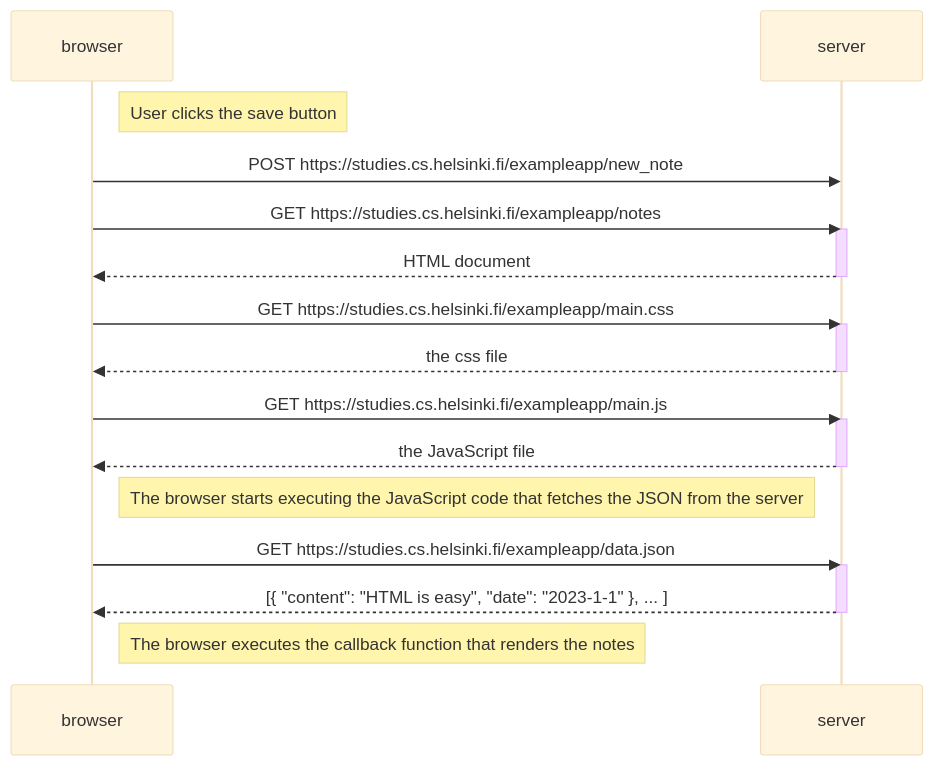
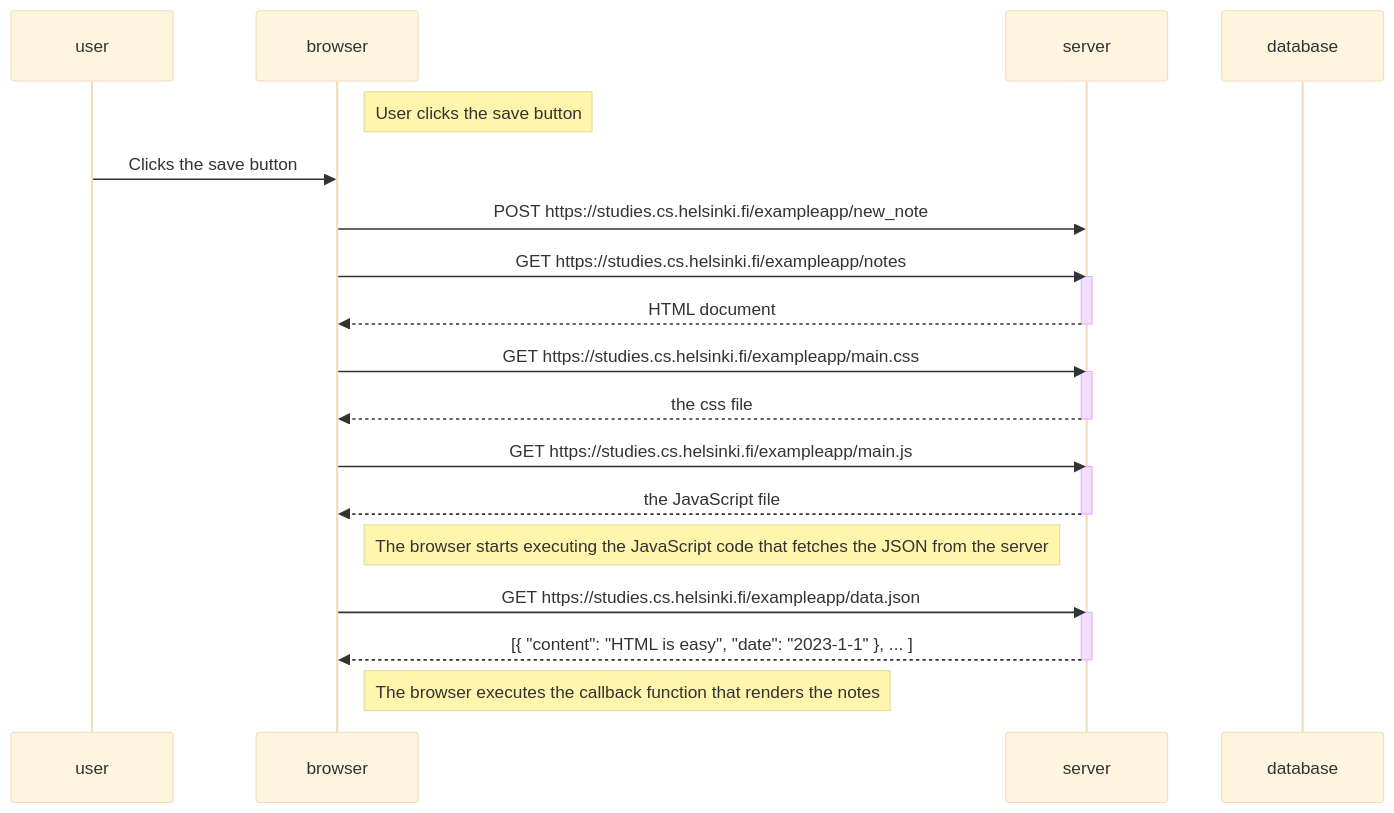
Before and after one commit to JuhKukko/fullstack-helsinki-university: the diagram in osa0/README.md, drawn with Mermaid (base theme).

````diff
--- a/osa0/README.md
+++ b/osa0/README.md
@@ -3,31 +3,35 @@
 ```mermaid
 sequenceDiagram
+    participant user
     participant browser
     participant server
+    participant database
 
+    
     Note right of browser: User clicks the save button
+    user->>browser: Clicks the save button
     browser->>server: POST https://studies.cs.helsinki.fi/exampleapp/new_note
     browser->>server: GET https://studies.cs.helsinki.fi/exampleapp/notes
     activate server
     server-->>browser: HTML document
     deactivate server
     
     browser->>server: GET https://studies.cs.helsinki.fi/exampleapp/main.css
     activate server
     server-->>browser: the css file
     deactivate server
     
     browser->>server: GET https://studies.cs.helsinki.fi/exampleapp/main.js
     activate server
     server-->>browser: the JavaScript file
     deactivate server
 
     Note right of browser: The browser starts executing the JavaScript code that fetches the JSON from the server
     
     browser->>server: GET https://studies.cs.helsinki.fi/exampleapp/data.json
     activate server
     server-->>browser: [{ "content": "HTML is easy", "date": "2023-1-1" }, ... ]
     deactivate server    
 
     Note right of browser: The browser executes the callback function that renders the notes 
 ```
````
